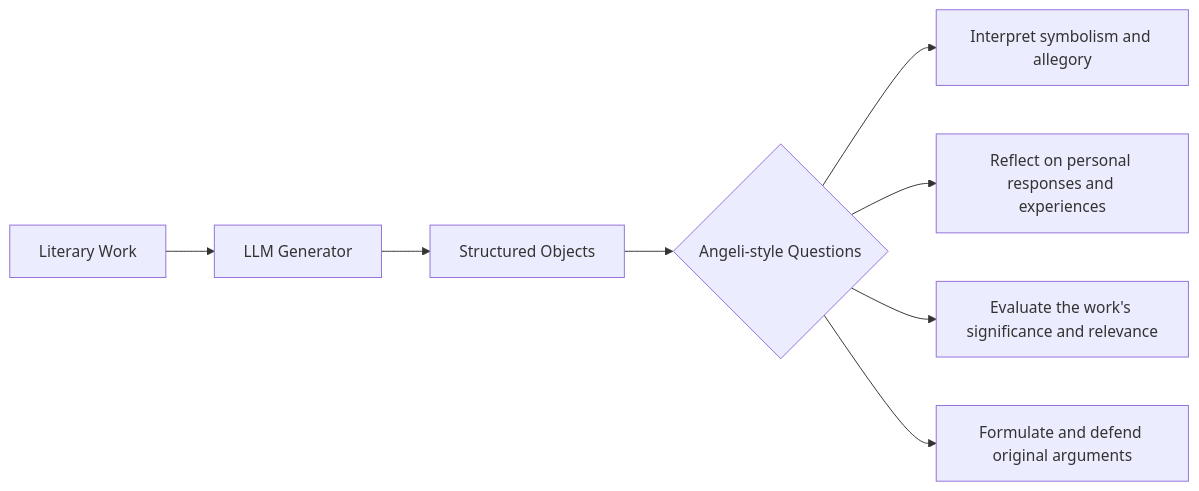
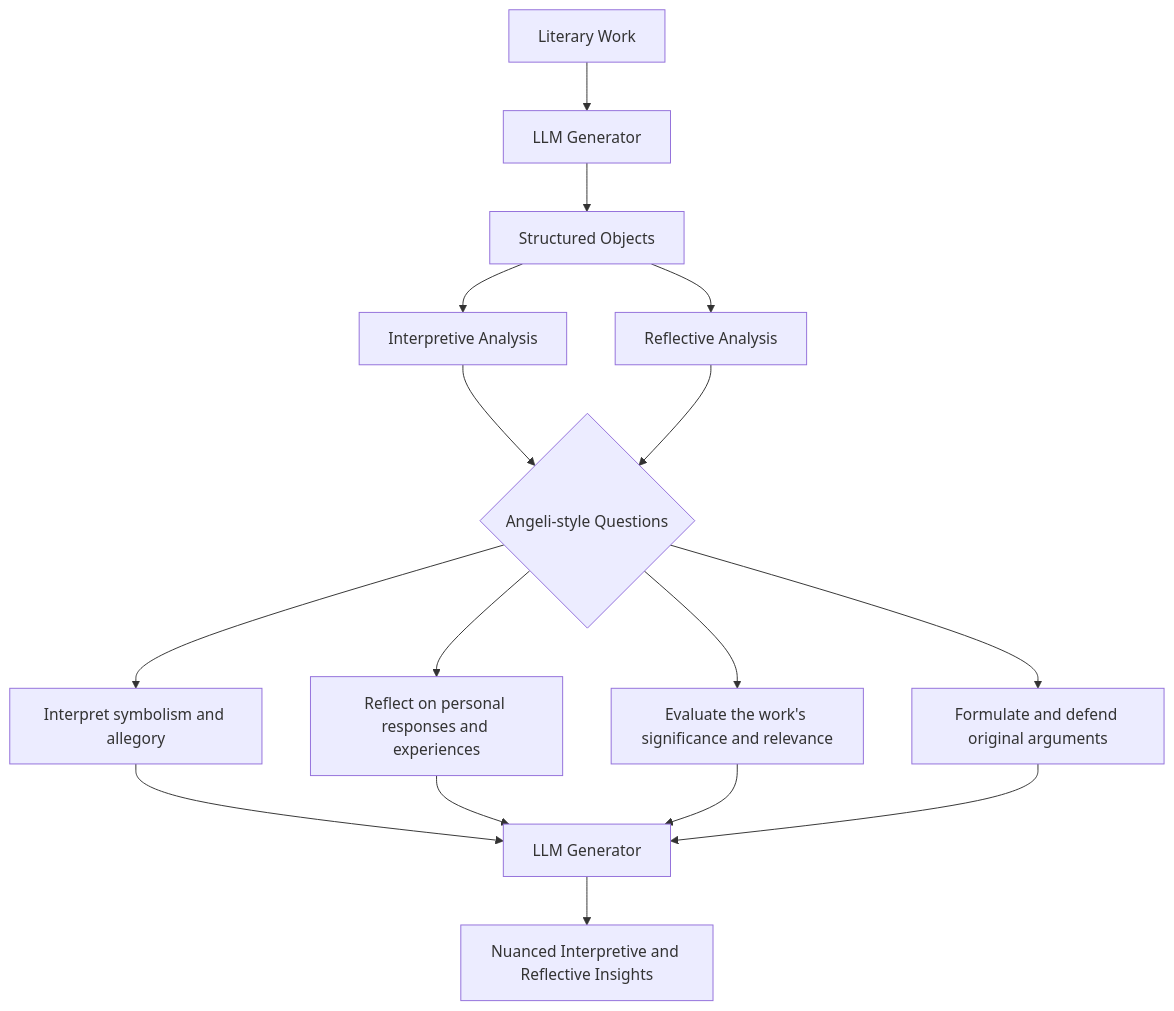
Before and after one commit to furlat/Abstractions: diagram 15 of 15 in abstractions/angels/angels.md, drawn with Mermaid. The commit also changed other lines of this file, not shown here.

````diff
--- a/abstractions/angels/angels.md
+++ b/abstractions/angels/angels.md
@@ -373,10 +395,18 @@
 ```mermaid
-graph LR
+graph TD
     A[Literary Work] --> B[LLM Generator]
     B --> C[Structured Objects]
-    C --> D{Angeli-style Questions}
-    D --> E[Interpret symbolism and allegory]
-    D --> F[Reflect on personal responses and experiences]
-    D --> G[Evaluate the work's significance and relevance]
-    D --> H[Formulate and defend original arguments]
+    C --> D[Interpretive Analysis]
+    C --> E[Reflective Analysis]
+    D --> F{Angeli-style Questions}
+    E --> F
+    F --> G[Interpret symbolism and allegory]
+    F --> H[Reflect on personal responses and experiences]
+    F --> I[Evaluate the work's significance and relevance]
+    F --> J[Formulate and defend original arguments]
+    G --> K[LLM Generator]
+    H --> K
+    I --> K
+    J --> K
+    K --> L[Nuanced Interpretive and Reflective Insights]
 ```
````
